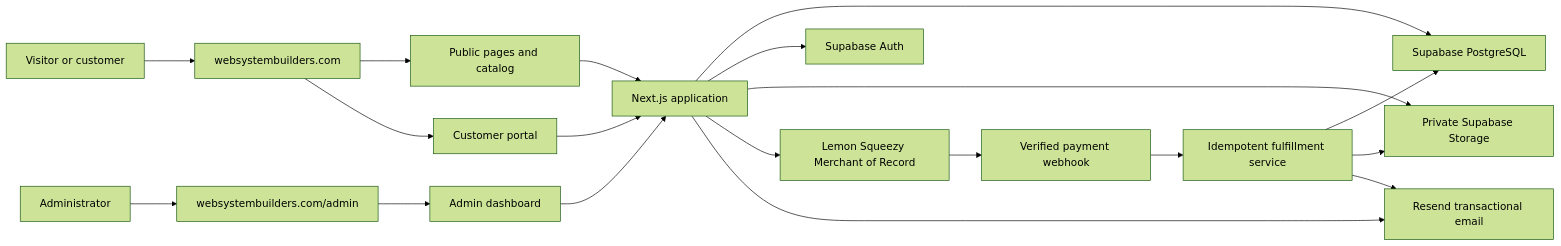
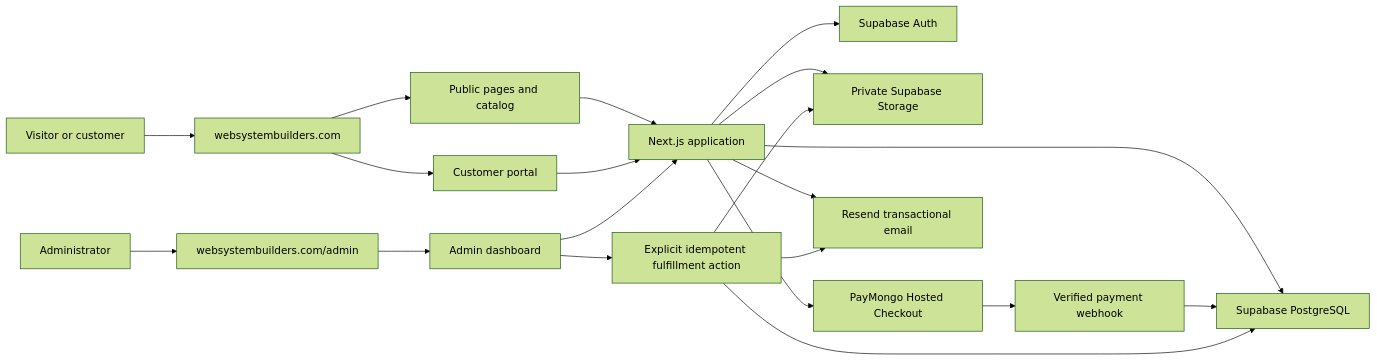
Before and after one commit to 12valor/WebSystemBuilders: the first of 2 diagrams in docs/WEBSITE_BLUEPRINT.md, drawn with Mermaid (forest theme). The commit also changed other lines of this file and 41 other files, not shown here.

Commit message:
feat: implement PayMongo checkout integration, webhook handling, and customer order management flows

````diff
--- a/docs/WEBSITE_BLUEPRINT.md
+++ b/docs/WEBSITE_BLUEPRINT.md
@@ -85,25 +85,26 @@
 ```mermaid
 flowchart LR
     Visitor["Visitor or customer"] --> Site["websystembuilders.com"]
     Admin["Administrator"] --> AdminSite["websystembuilders.com/admin"]
 
     Site --> Public["Public pages and catalog"]
     Site --> Customer["Customer portal"]
     AdminSite --> Dashboard["Admin dashboard"]
 
     Public --> App["Next.js application"]
     Customer --> App
     Dashboard --> App
 
     App --> Database["Supabase PostgreSQL"]
     App --> Auth["Supabase Auth"]
     App --> Storage["Private Supabase Storage"]
-    App --> Payment["Lemon Squeezy Merchant of Record"]
+    App --> Payment["PayMongo Hosted Checkout"]
     App --> Email["Resend transactional email"]
 
     Payment --> Webhook["Verified payment webhook"]
-    Webhook --> Fulfillment["Idempotent fulfillment service"]
+    Webhook --> Database
+    Dashboard --> Fulfillment["Explicit idempotent fulfillment action"]
     Fulfillment --> Database
     Fulfillment --> Storage
     Fulfillment --> Email
 ```
````
